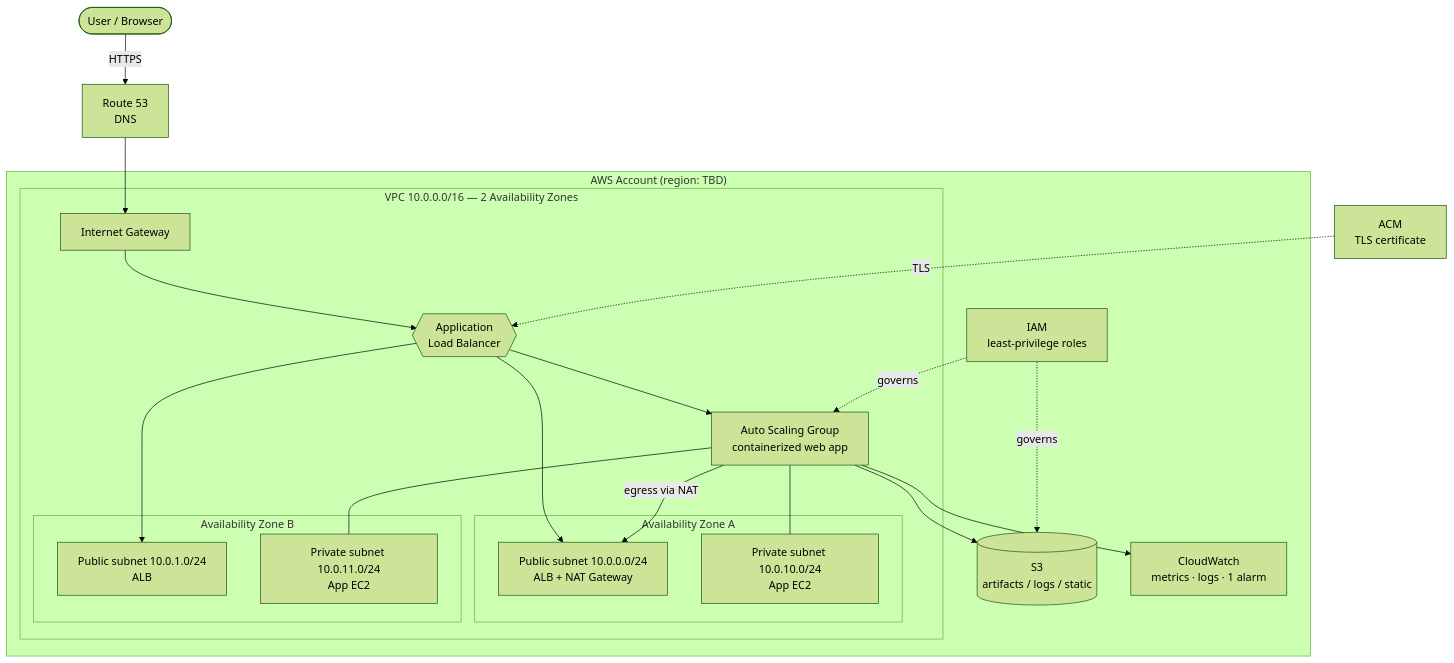
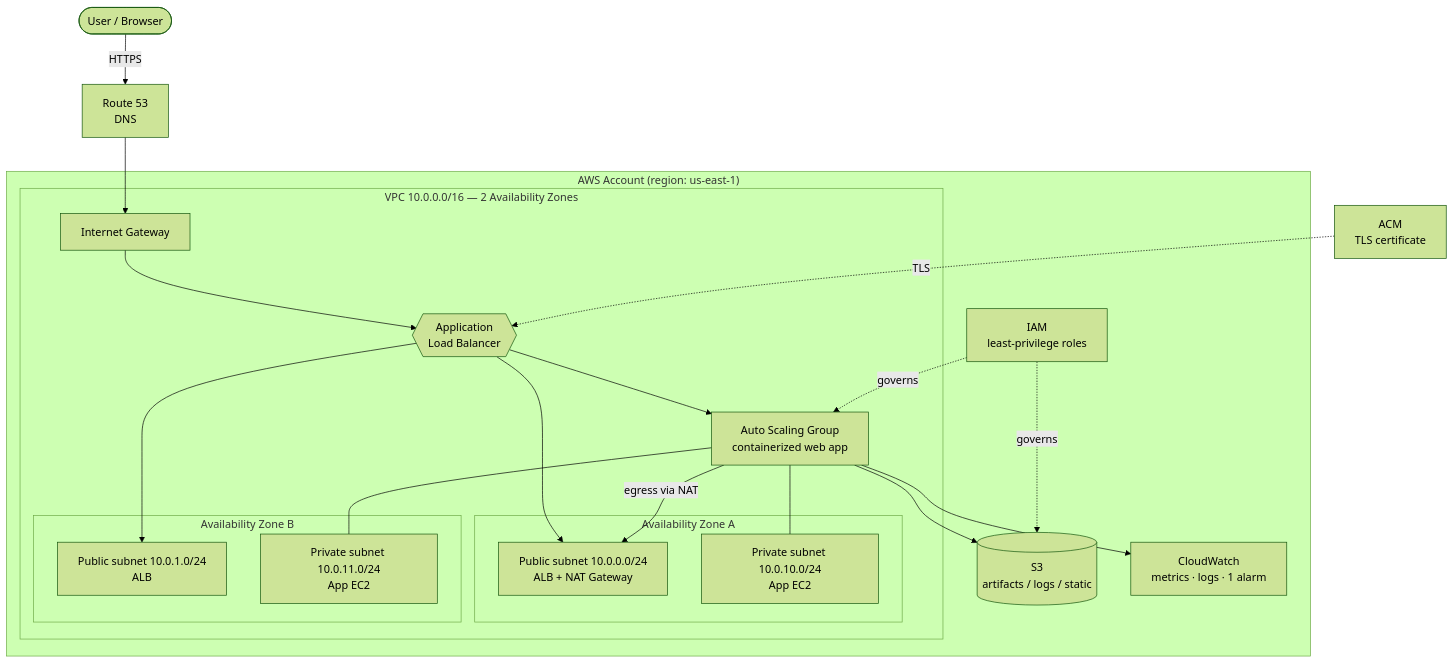
Before and after one commit to mkhosi-cpu/devops-production-platform: the diagram in docs/diagrams/month-01-architecture.md, drawn with Mermaid (forest theme). The commit also changed 2 other files, not shown here.

Commit message:
Set region to us-east-1 across diagram and week notes

````diff
--- a/docs/diagrams/month-01-architecture.md
+++ b/docs/diagrams/month-01-architecture.md
@@ -9,45 +9,45 @@
 ```mermaid
 flowchart TB
     user([User / Browser])
     dns[Route 53<br/>DNS]
     acm[ACM<br/>TLS certificate]
 
     user -->|HTTPS| dns
 
-    subgraph AWS["AWS Account (region: TBD)"]
+    subgraph AWS["AWS Account (region: us-east-1)"]
         subgraph VPC["VPC 10.0.0.0/16 — 2 Availability Zones"]
             igw[Internet Gateway]
 
             subgraph AZ1["Availability Zone A"]
                 pub1[Public subnet 10.0.0.0/24<br/>ALB + NAT Gateway]
                 priv1[Private subnet 10.0.10.0/24<br/>App EC2]
             end
 
             subgraph AZ2["Availability Zone B"]
                 pub2[Public subnet 10.0.1.0/24<br/>ALB]
                 priv2[Private subnet 10.0.11.0/24<br/>App EC2]
             end
 
             alb{{Application<br/>Load Balancer}}
             asg[Auto Scaling Group<br/>containerized web app]
         end
 
         s3[(S3<br/>artifacts / logs / static)]
         cw[CloudWatch<br/>metrics · logs · 1 alarm]
         iam[IAM<br/>least-privilege roles]
     end
 
     dns --> igw
     igw --> alb
     acm -.TLS.-> alb
     alb --> pub1
     alb --> pub2
     alb --> asg
     asg --- priv1
     asg --- priv2
     asg -->|egress via NAT| pub1
     asg --> s3
     asg --> cw
     iam -.governs.-> asg
     iam -.governs.-> s3
 ```
````
